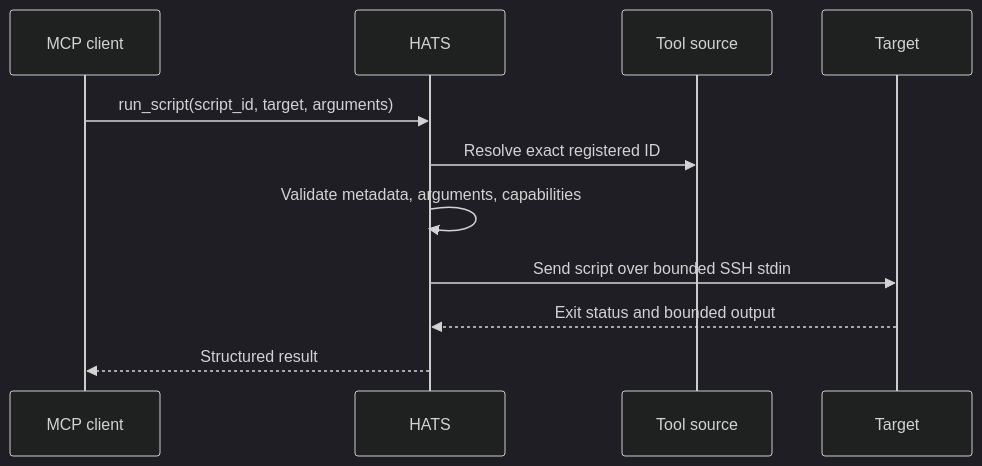
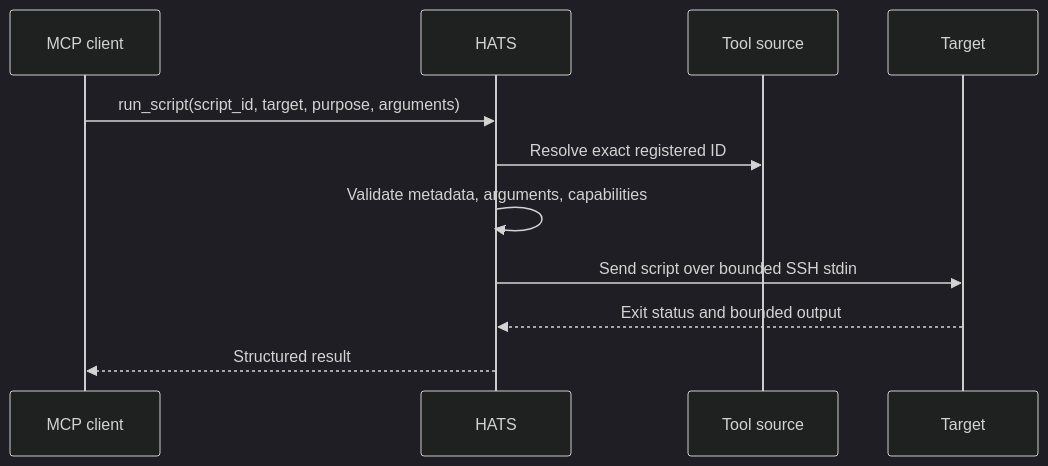
The second of 4 diagrams in docs/architecture.md (X1pheR/hypershell-reach), drawn with Mermaid (dark theme) before and after one commit. The commit also changed other lines of this file and 10 other files, not shown here.

````diff
--- a/docs/architecture.md
+++ b/docs/architecture.md
@@ -39,13 +39,13 @@
 ```mermaid
 sequenceDiagram
     participant C as MCP client
     participant H as HATS
     participant S as Tool source
     participant T as Target
-    C->>H: run_script(script_id, target, arguments)
+    C->>H: run_script(script_id, target, purpose, arguments)
     H->>S: Resolve exact registered ID
     H->>H: Validate metadata, arguments, capabilities
     H->>T: Send script over bounded SSH stdin
     T-->>H: Exit status and bounded output
     H-->>C: Structured result
 ```
````
